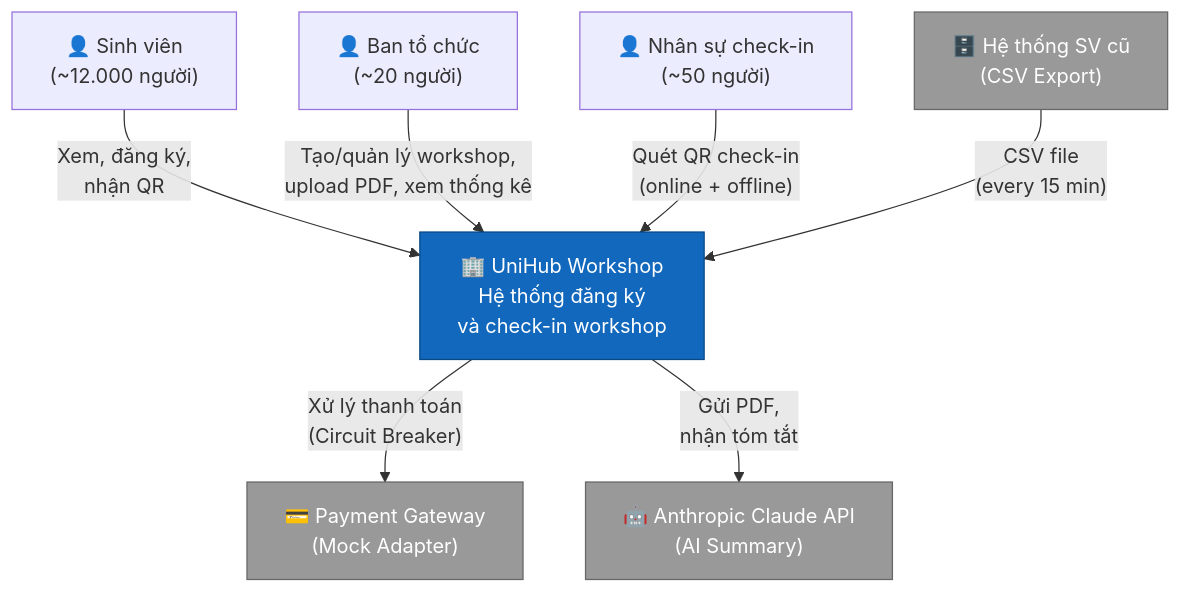
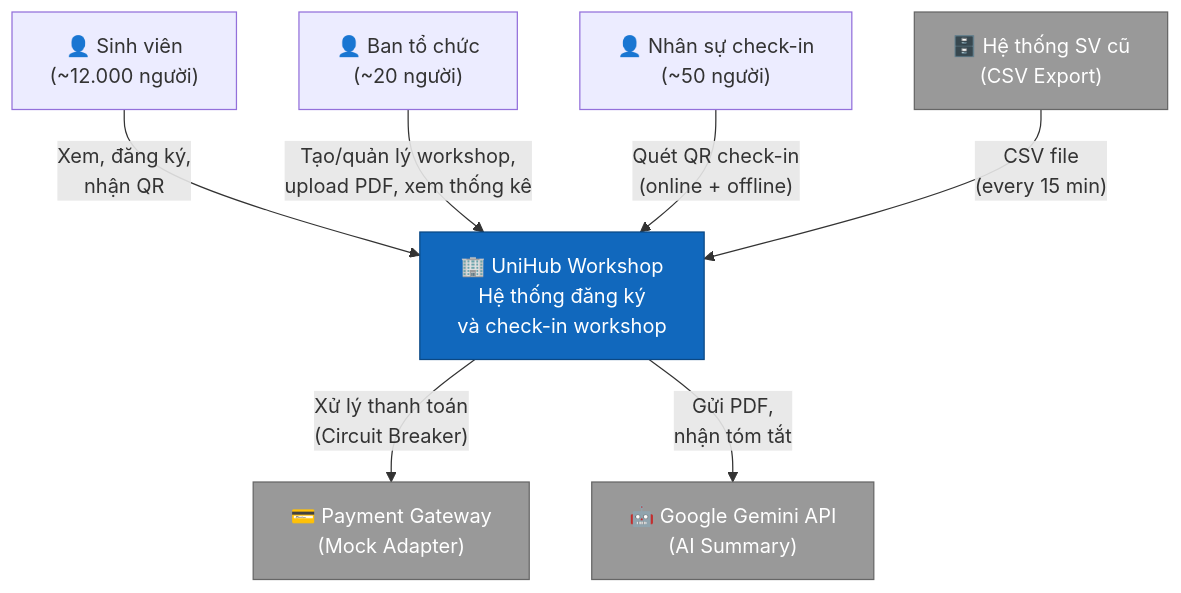
The first of 6 diagrams in blueprint/design.md (TMQ2k/UniHub-Workshop), drawn with Mermaid before and after one commit. The commit also changed other lines of this file and 10 other files, not shown here.

````diff
--- a/blueprint/design.md
+++ b/blueprint/design.md
@@ -51,25 +51,25 @@
 ```mermaid
 graph TB
     SV["👤 Sinh viên<br/>(~12.000 người)"]
     BTC["👤 Ban tổ chức<br/>(~20 người)"]
     STAFF["👤 Nhân sự check-in<br/>(~50 người)"]
 
     SYSTEM["🏢 UniHub Workshop<br/>Hệ thống đăng ký<br/>và check-in workshop"]
 
     PAY["💳 Payment Gateway<br/>(Mock Adapter)"]
-    AI["🤖 Anthropic Claude API<br/>(AI Summary)"]
+    AI["🤖 Google Gemini API<br/>(AI Summary)"]
     LEGACY["🗄️ Hệ thống SV cũ<br/>(CSV Export)"]
 
     SV -- "Xem, đăng ký,<br/>nhận QR" --> SYSTEM
     BTC -- "Tạo/quản lý workshop,<br/>upload PDF, xem thống kê" --> SYSTEM
     STAFF -- "Quét QR check-in<br/>(online + offline)" --> SYSTEM
 
     SYSTEM -- "Xử lý thanh toán<br/>(Circuit Breaker)" --> PAY
     SYSTEM -- "Gửi PDF,<br/>nhận tóm tắt" --> AI
     LEGACY -- "CSV file<br/>(every 15 min)" --> SYSTEM
 
     style SYSTEM fill:#1168bd,stroke:#0b4884,color:#fff
     style PAY fill:#999,stroke:#666,color:#fff
     style AI fill:#999,stroke:#666,color:#fff
     style LEGACY fill:#999,stroke:#666,color:#fff
 ```
````
